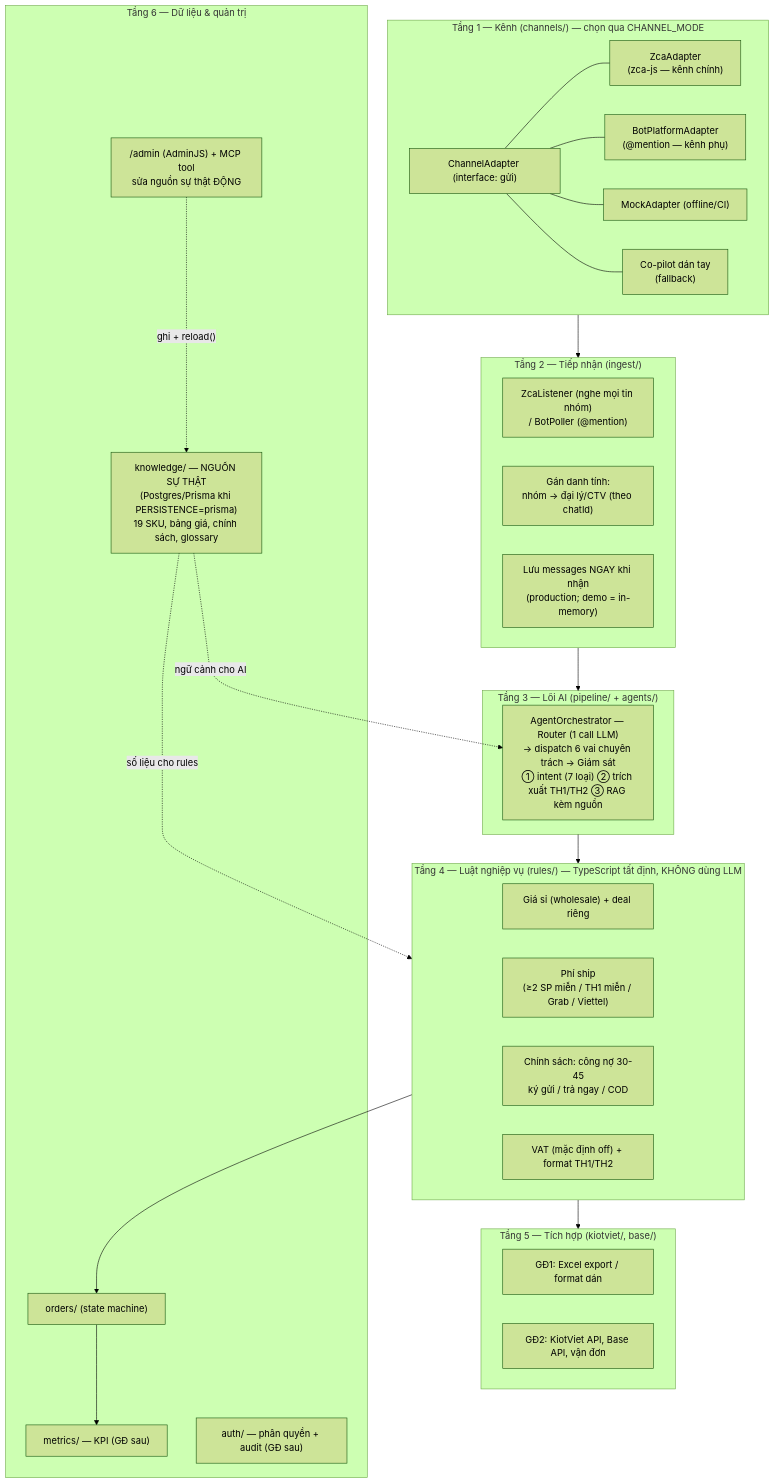
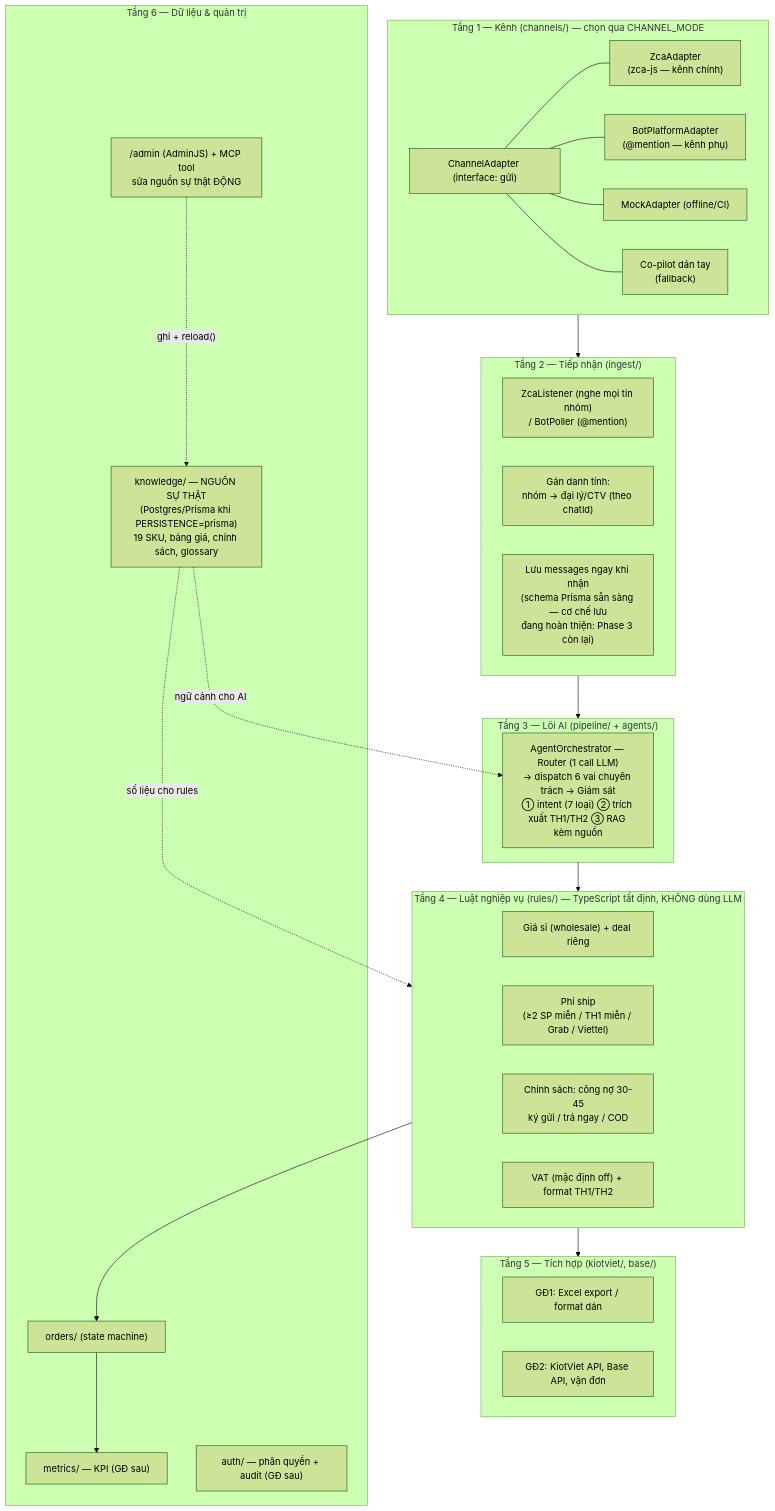
Before and after one commit to phungtienviet14-sketch/nexagnet-platform: the second of 8 diagrams in docs/so-do-he-thong.md, drawn with Mermaid (forest theme). The commit also changed other lines of this file and 15 other files, not shown here.

````diff
--- a/docs/so-do-he-thong.md
+++ b/docs/so-do-he-thong.md
@@ -45,51 +46,51 @@
 ```mermaid
 flowchart TB
     subgraph L1["Tầng 1 — Kênh (channels/) — chọn qua CHANNEL_MODE"]
         CA["ChannelAdapter (interface: gửi)"]
         ZCA["ZcaAdapter<br/>(zca-js — kênh chính)"]
         BOT["BotPlatformAdapter<br/>(@mention — kênh phụ)"]
         MOCK["MockAdapter (offline/CI)"]
         COP["Co-pilot dán tay<br/>(fallback)"]
         CA --- ZCA
         CA --- BOT
         CA --- MOCK
         CA --- COP
     end
 
     subgraph L2["Tầng 2 — Tiếp nhận (ingest/)"]
         LIS["ZcaListener (nghe mọi tin nhóm)<br/>/ BotPoller (@mention)"]
         IDENT["Gán danh tính:<br/>nhóm → đại lý/CTV (theo chatId)"]
-        SAVE["Lưu messages NGAY khi nhận<br/>(production; demo = in-memory)"]
+        SAVE["Lưu messages ngay khi nhận<br/>(schema Prisma sẵn sàng — cơ chế lưu<br/>đang hoàn thiện: Phase 3 còn lại)"]
     end
 
     subgraph L3["Tầng 3 — Lõi AI (pipeline/ + agents/)"]
         ORCH["AgentOrchestrator — Router (1 call LLM)<br/>→ dispatch 6 vai chuyên trách → Giám sát<br/>① intent (7 loại) ② trích xuất TH1/TH2 ③ RAG kèm nguồn"]
     end
 
     subgraph L4["Tầng 4 — Luật nghiệp vụ (rules/) — TypeScript tất định, KHÔNG dùng LLM"]
         PRICE["Giá sỉ (wholesale) + deal riêng"]
         SHIPR["Phí ship<br/>(≥2 SP miễn / TH1 miễn / Grab / Viettel)"]
         POL["Chính sách: công nợ 30-45<br/>ký gửi / trả ngay / COD"]
         VAT["VAT (mặc định off) + format TH1/TH2"]
     end
 
     subgraph L5["Tầng 5 — Tích hợp (kiotviet/, base/)"]
         XLS["GĐ1: Excel export / format dán"]
         APIS["GĐ2: KiotViet API, Base API, vận đơn"]
     end
 
     subgraph L6["Tầng 6 — Dữ liệu & quản trị"]
         KNOW["knowledge/ — NGUỒN SỰ THẬT<br/>(Postgres/Prisma khi PERSISTENCE=prisma)<br/>19 SKU, bảng giá, chính sách, glossary"]
         ADMIN["/admin (AdminJS) + MCP tool<br/>sửa nguồn sự thật ĐỘNG"]
         ORD["orders/ (state machine)"]
         MET["metrics/ — KPI (GĐ sau)"]
         AUTH["auth/ — phân quyền + audit (GĐ sau)"]
         ADMIN -.->|"ghi + reload()"| KNOW
     end
 
     L1 --> L2 --> L3 --> L4 --> L5
     KNOW -.->|"ngữ cảnh cho AI"| ORCH
     KNOW -.->|"số liệu cho rules"| L4
     L4 --> ORD
     ORD --> MET
 ```
````
